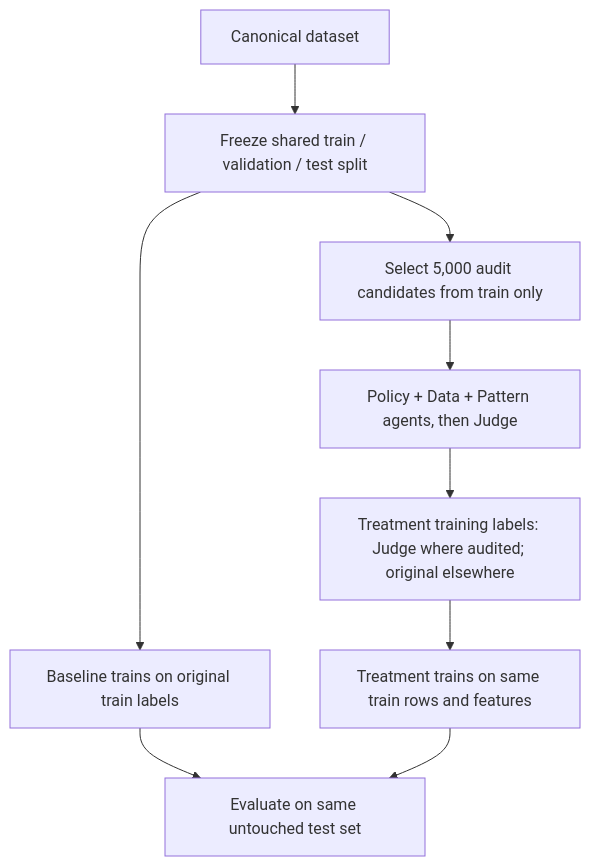
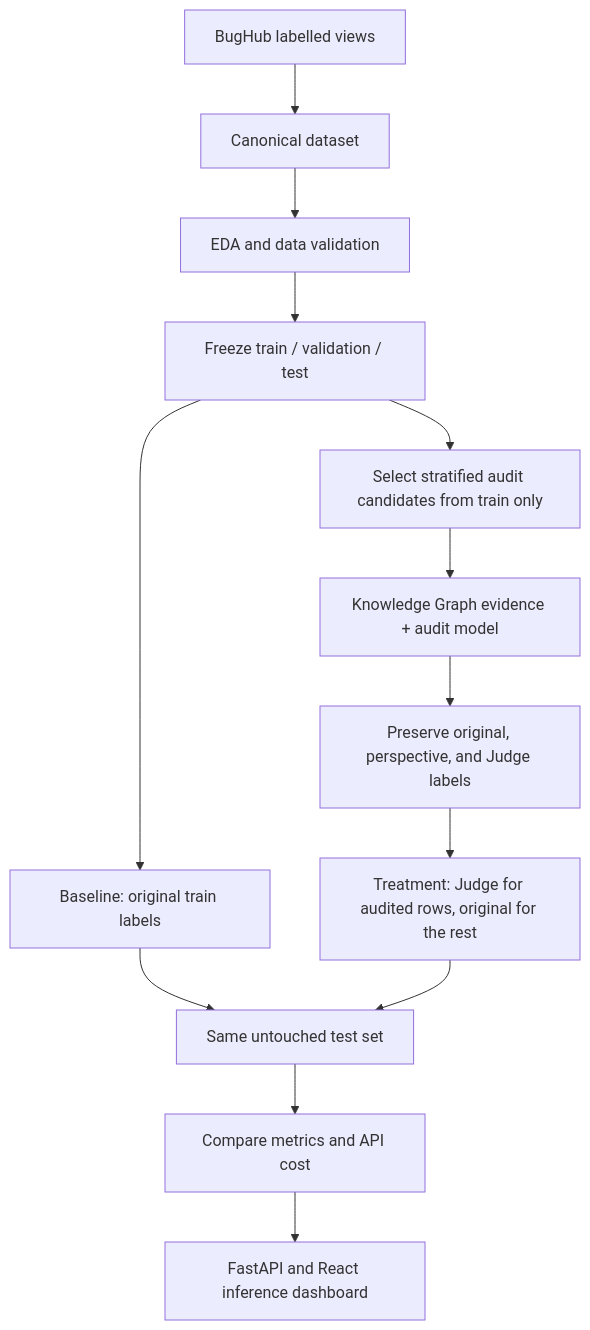
The diagram in README.md (Jasirdeen007/multi-agent-software-defect-prediction), drawn with Mermaid before and after one commit. The commit also changed other lines of this file and 28 other files, not shown here.

Commit message:
Added audited labels for 200 samples

````diff
--- a/README.md
+++ b/README.md
@@ -17,11 +14,15 @@
 ```mermaid
 flowchart TD
-    A["Canonical dataset"] --> B["Freeze shared train / validation / test split"]
-    B --> C["Select 5,000 audit candidates from train only"]
-    C --> D["Policy + Data + Pattern agents, then Judge"]
-    D --> E["Treatment training labels: Judge where audited; original elsewhere"]
-    B --> F["Baseline trains on original train labels"]
-    E --> G["Treatment trains on same train rows and features"]
-    F --> H["Evaluate on same untouched test set"]
-    G --> H
+    A[BugHub labelled views] --> B[Canonical dataset]
+    B --> C[EDA and data validation]
+    C --> D[Freeze train / validation / test]
+    D --> E[Baseline: original train labels]
+    D --> F[Select stratified audit candidates from train only]
+    F --> G[Knowledge Graph evidence + audit model]
+    G --> H[Preserve original, perspective, and Judge labels]
+    H --> I[Treatment: Judge for audited rows, original for the rest]
+    E --> J[Same untouched test set]
+    I --> J
+    J --> K[Compare metrics and API cost]
+    K --> L[FastAPI and React inference dashboard]
 ```
````
